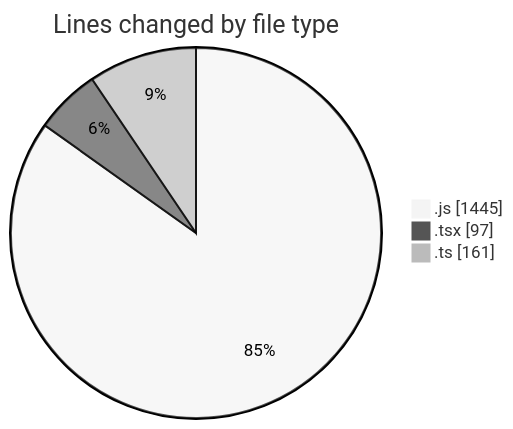
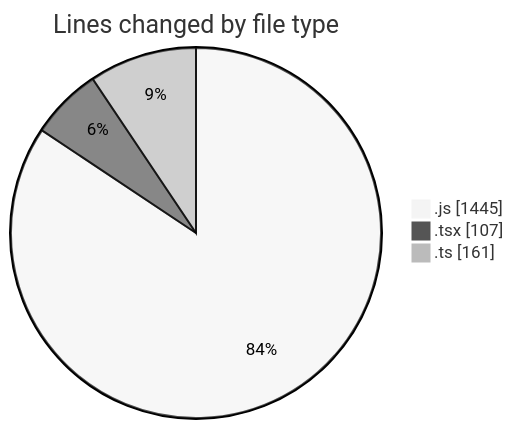
Before and after one commit to momahboobian/code-tracking: the first of 2 diagrams in 2025-03-13/cda/README.md, drawn with Mermaid (neutral theme). The commit also changed other lines of this file and 1 other file, not shown here.

````diff
--- a/2025-03-13/cda/README.md
+++ b/2025-03-13/cda/README.md
@@ -28,7 +28,7 @@
 ```mermaid
 pie showData
 title Lines changed by file type
 ".js" : 1445
-".tsx" : 97
+".tsx" : 107
 ".ts" : 161
 ```
````
